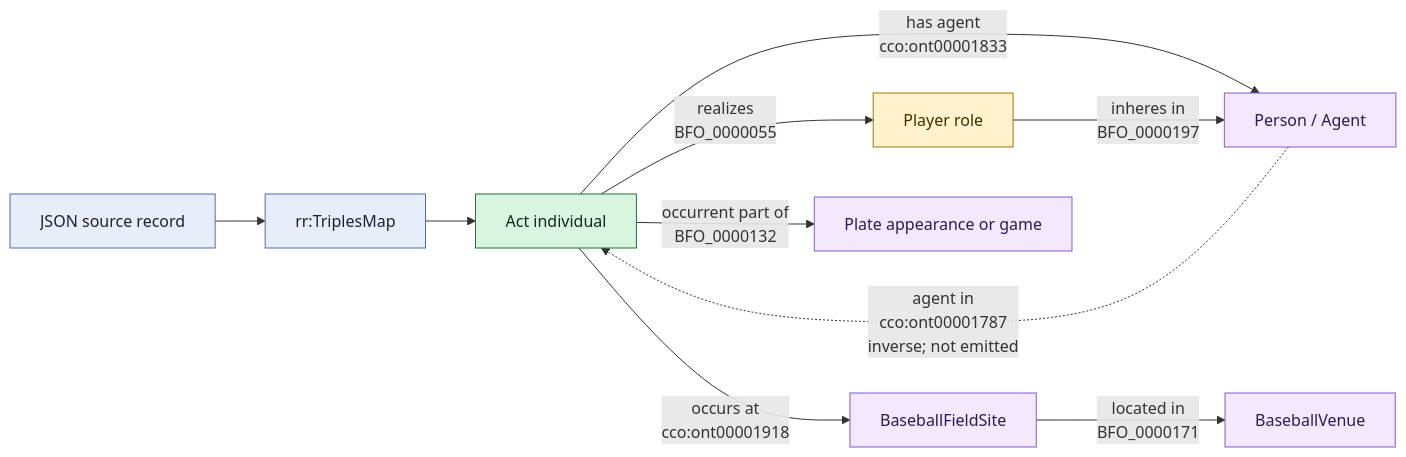
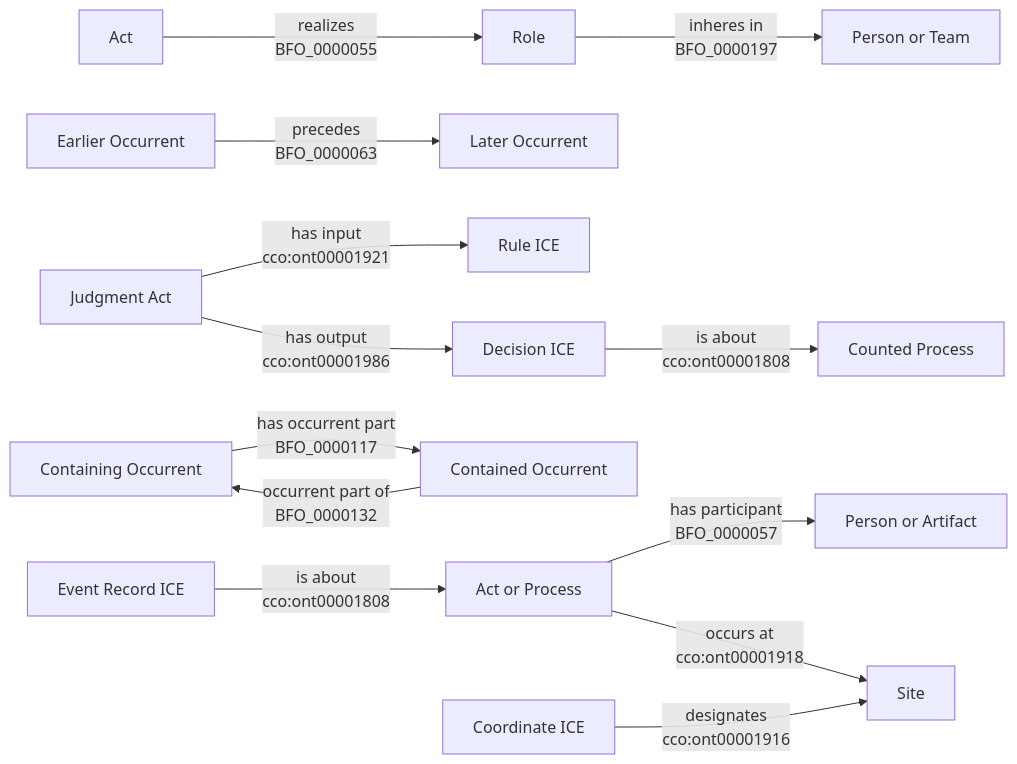
Before and after one commit to CarterBeauBenson/BaseballO: the diagram in Baseball/mermaid/patterns/00-relation-directions.md, drawn with Mermaid. The commit also changed other lines of this file and 47 other files, not shown here.

Commit message:
Model granular baseball event chains in RML

````diff
--- a/Baseball/mermaid/patterns/00-relation-directions.md
+++ b/Baseball/mermaid/patterns/00-relation-directions.md
@@ -3,25 +3,15 @@
 ```mermaid
 flowchart LR
-    SOURCE["JSON source record"] --> MAP["rr:TriplesMap"]
-    MAP --> ACT["Act individual"]
-
-    ACT -->|"has agent<br/>cco:ont00001833"| PERSON["Person / Agent"]
-    PERSON -.->|"agent in<br/>cco:ont00001787<br/>inverse; not emitted"| ACT
-
-    ACT -->|"realizes<br/>BFO_0000055"| ROLE["Player role"]
-    ROLE -->|"inheres in<br/>BFO_0000197"| PERSON
-
-    ACT -->|"occurs at<br/>cco:ont00001918"| FIELD["BaseballFieldSite"]
-    FIELD -->|"located in<br/>BFO_0000171"| VENUE["BaseballVenue"]
-
-    ACT -->|"occurrent part of<br/>BFO_0000132"| CONTEXT["Plate appearance or game"]
-
-    classDef source fill:#e8eef9,stroke:#4f6fa8,color:#17233a;
-    classDef act fill:#d7f5df,stroke:#24733b,color:#102a18;
-    classDef role fill:#fff2cc,stroke:#997a00,color:#3d3100;
-    classDef context fill:#f3e8ff,stroke:#805ad5,color:#2d1b4e;
-    class SOURCE,MAP source;
-    class ACT act;
-    class ROLE role;
-    class PERSON,FIELD,VENUE,CONTEXT context;
+    OCC["Act or Process"] -->|"has participant<br/>BFO_0000057"| CONT["Person or Artifact"]
+    ACT["Act"] -->|"realizes<br/>BFO_0000055"| ROLE["Role"]
+    ROLE -->|"inheres in<br/>BFO_0000197"| PERSON["Person or Team"]
+    EARLY["Earlier Occurrent"] -->|"precedes<br/>BFO_0000063"| LATE["Later Occurrent"]
+    PARENT["Containing Occurrent"] -->|"has occurrent part<br/>BFO_0000117"| CHILD["Contained Occurrent"]
+    CHILD -->|"occurrent part of<br/>BFO_0000132"| PARENT
+    OCC -->|"occurs at<br/>cco:ont00001918"| SITE["Site"]
+    JUDGMENT["Judgment Act"] -->|"has input<br/>cco:ont00001921"| RULE["Rule ICE"]
+    JUDGMENT -->|"has output<br/>cco:ont00001986"| DECISION["Decision ICE"]
+    DECISION -->|"is about<br/>cco:ont00001808"| RESULT["Counted Process"]
+    RECORD["Event Record ICE"] -->|"is about<br/>cco:ont00001808"| OCC
+    COORD["Coordinate ICE"] -->|"designates<br/>cco:ont00001916"| SITE
 ```
````
